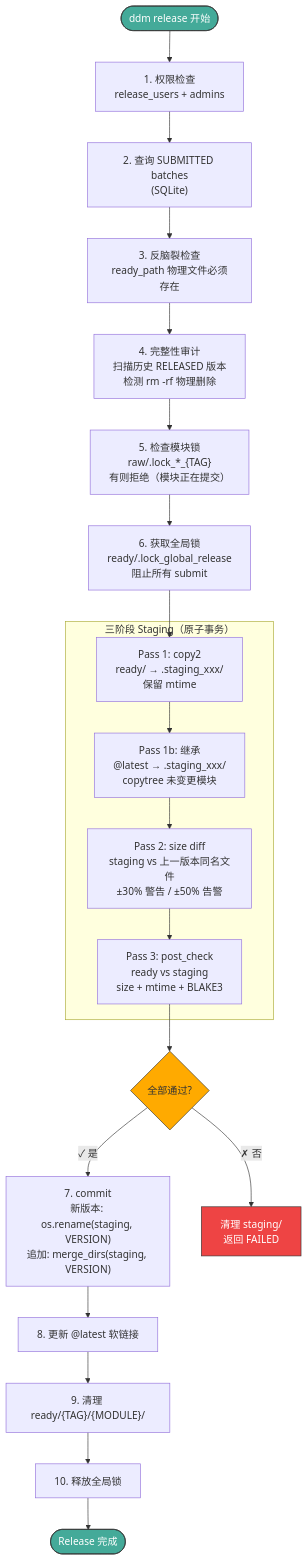
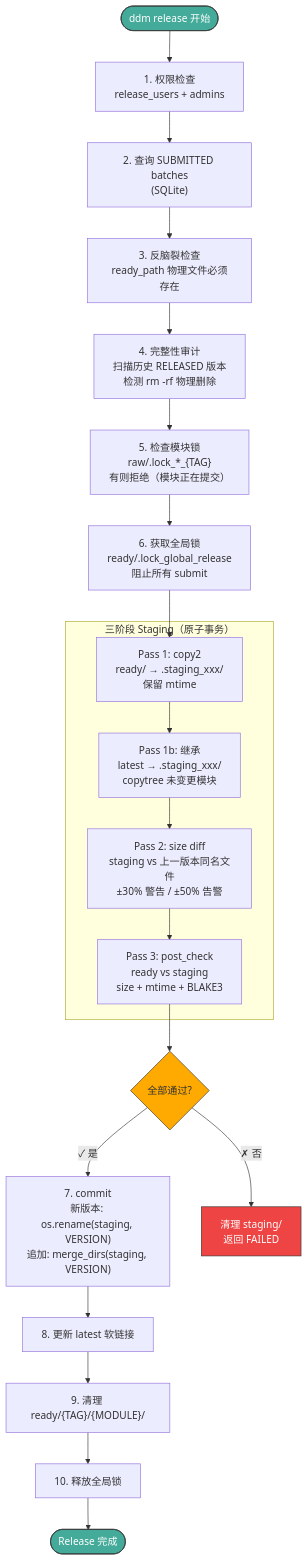
One commit to winsight/ddm changed the fifth of 17 diagrams in docs/WORKFLOWS.md. Above: the diagram before and after it, drawn with Mermaid. The commit also changed other lines of this file and 8 other files, not shown here.

````diff
--- a/docs/WORKFLOWS.md
+++ b/docs/WORKFLOWS.md
@@ -273,33 +273,33 @@
 ```mermaid
 flowchart TD
     START(["ddm release 开始"]) --> A
 
     A["1. 权限检查<br/>release_users + admins"] --> B
     B["2. 查询 SUBMITTED batches<br/>(SQLite)"] --> C
     C["3. 反脑裂检查<br/>ready_path 物理文件必须存在"] --> D
     D["4. 完整性审计<br/>扫描历史 RELEASED 版本<br/>检测 rm -rf 物理删除"] --> E
     E["5. 检查模块锁<br/>raw/.lock_*_{TAG}<br/>有则拒绝（模块正在提交）"] --> F
     F["6. 获取全局锁<br/>ready/.lock_global_release<br/>阻止所有 submit"] --> G
 
     subgraph STAGING["三阶段 Staging（原子事务）"]
         G["Pass 1: copy2<br/>ready/ → .staging_xxx/<br/>保留 mtime"] --> H
-        H["Pass 1b: 继承<br/>@latest → .staging_xxx/<br/>copytree 未变更模块"] --> I
+        H["Pass 1b: 继承<br/>latest → .staging_xxx/<br/>copytree 未变更模块"] --> I
         I["Pass 2: size diff<br/>staging vs 上一版本同名文件<br/>±30% 警告 / ±50% 告警"] --> J
         J["Pass 3: post_check<br/>ready vs staging<br/>size + mtime + BLAKE3"]
     end
 
     J --> K{全部通过?}
 
     K -->|✓ 是| L["7. commit<br/>新版本: os.rename(staging, VERSION)<br/>追加: merge_dirs(staging, VERSION)"]
     K -->|✗ 否| M["清理 staging/<br/>返回 FAILED"]
 
-    L --> N["8. 更新 @latest 软链接"]
+    L --> N["8. 更新 latest 软链接"]
     N --> O["9. 清理 ready/{TAG}/{MODULE}/"]
     O --> P["10. 释放全局锁"]
     P --> END(["Release 完成"])
 
     style START fill:#4a9,stroke:#333,color:#fff
     style END fill:#4a9,stroke:#333,color:#fff
     style M fill:#e44,stroke:#333,color:#fff
     style K fill:#fa0,stroke:#333
 ```
````
